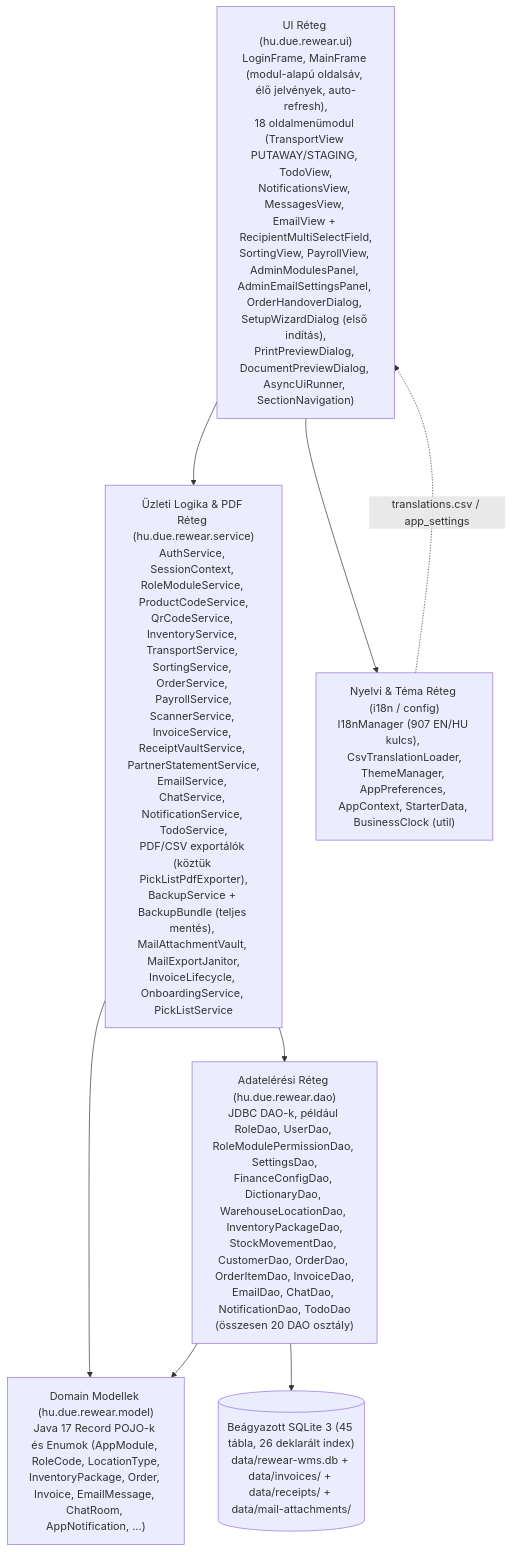
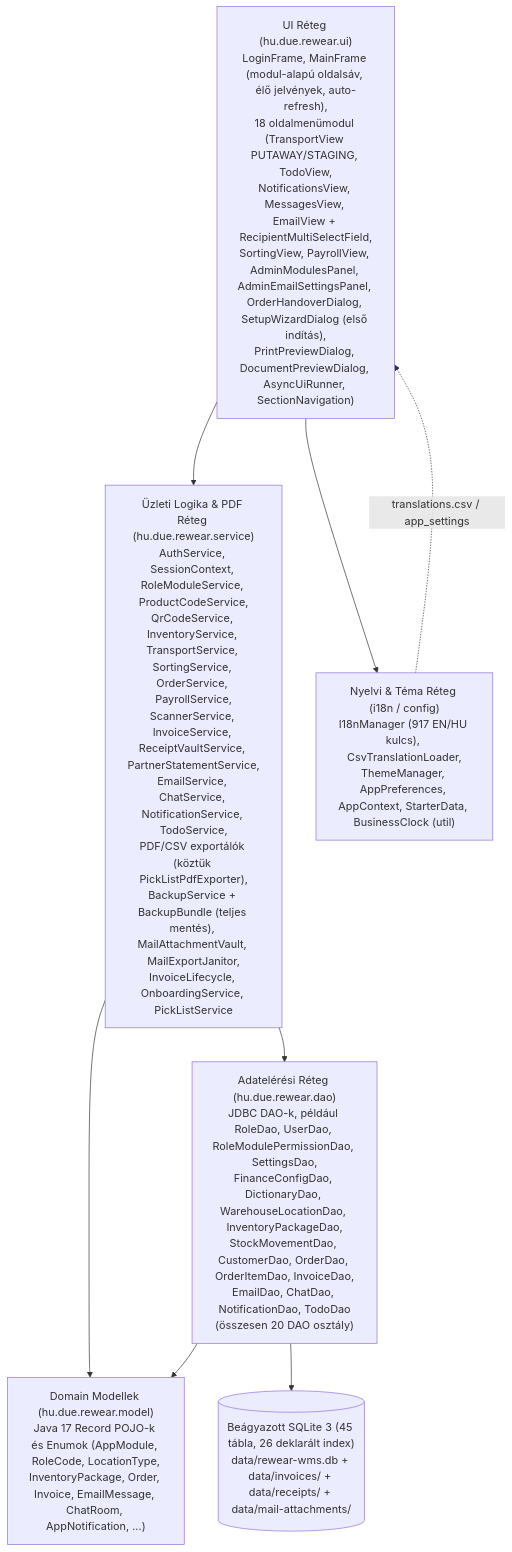
The first of 8 diagrams in docs/Programterv.md (attilaczudor/due-prog-03), drawn with Mermaid before and after one commit. The commit also changed other lines of this file and 15 other files, not shown here.

````diff
--- a/docs/Programterv.md
+++ b/docs/Programterv.md
@@ -11,17 +11,17 @@
 ```mermaid
 flowchart TD
     UI["UI Réteg (hu.due.rewear.ui)<br/>LoginFrame, MainFrame (modul-alapú oldalsáv, élő jelvények, auto-refresh),<br/>18 oldalmenümodul (TransportView PUTAWAY/STAGING, TodoView,<br/>NotificationsView, MessagesView, EmailView + RecipientMultiSelectField,<br/>SortingView, PayrollView, AdminModulesPanel, AdminEmailSettingsPanel, OrderHandoverDialog, SetupWizardDialog (első indítás),<br/>PrintPreviewDialog, DocumentPreviewDialog, AsyncUiRunner, SectionNavigation)"]
     SVC["Üzleti Logika & PDF Réteg (hu.due.rewear.service)<br/>AuthService, SessionContext, RoleModuleService, ProductCodeService,<br/>QrCodeService, InventoryService, TransportService, SortingService, OrderService, PayrollService,<br/>ScannerService, InvoiceService, ReceiptVaultService, PartnerStatementService,<br/>EmailService, ChatService, NotificationService, TodoService,<br/>PDF/CSV exportálók (köztük PickListPdfExporter),<br/>BackupService + BackupBundle (teljes mentés), MailAttachmentVault, MailExportJanitor,<br/>InvoiceLifecycle, OnboardingService, PickListService"]
-    I18N["Nyelvi & Téma Réteg (i18n / config)<br/>I18nManager (907 EN/HU kulcs), CsvTranslationLoader,<br/>ThemeManager, AppPreferences, AppContext, StarterData, BusinessClock (util)"]
+    I18N["Nyelvi & Téma Réteg (i18n / config)<br/>I18nManager (917 EN/HU kulcs), CsvTranslationLoader,<br/>ThemeManager, AppPreferences, AppContext, StarterData, BusinessClock (util)"]
     DAO["Adatelérési Réteg (hu.due.rewear.dao)<br/>JDBC DAO-k, például RoleDao, UserDao, RoleModulePermissionDao, SettingsDao,<br/>FinanceConfigDao, DictionaryDao, WarehouseLocationDao, InventoryPackageDao,<br/>StockMovementDao, CustomerDao, OrderDao, OrderItemDao, InvoiceDao,<br/>EmailDao, ChatDao, NotificationDao, TodoDao<br/>(összesen 20 DAO osztály)"]
     MODEL["Domain Modellek (hu.due.rewear.model)<br/>Java 17 Record POJO-k és Enumok (AppModule, RoleCode, LocationType,<br/>InventoryPackage, Order, Invoice, EmailMessage, ChatRoom, AppNotification, ...)"]
     DB[("Beágyazott SQLite 3 (45 tábla, 26 deklarált index)<br/>data/rewear-wms.db + data/invoices/ + data/receipts/ + data/mail-attachments/")]
 
     UI --> SVC
     UI --> I18N
     SVC --> DAO
     SVC --> MODEL
     DAO --> MODEL
     DAO --> DB
     I18N -.->|"translations.csv / app_settings"| UI
 ```
````
